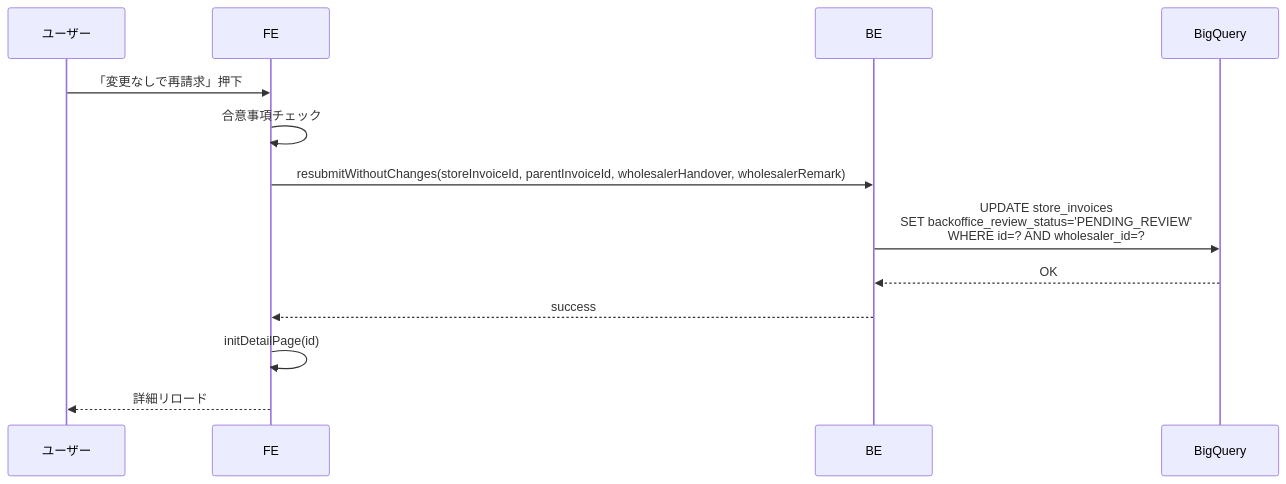
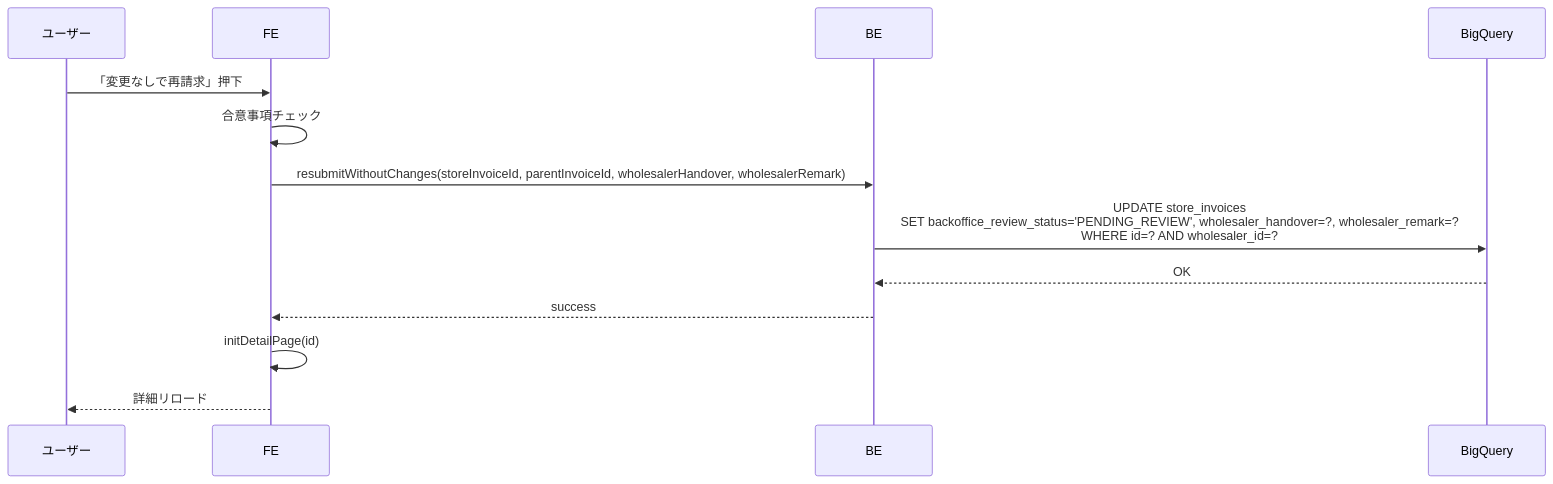
Before and after one commit to USEN-PAY-Products/connect-wholesale-gas-poc: the tenth of 17 diagrams in docs/specifications/04_detail_page.md, drawn with Mermaid. The commit also changed 1 other file, not shown here.

Commit message:
test: resubmitWithoutChanges備考更新分岐の回帰テスト追加

````diff
--- a/docs/specifications/04_detail_page.md
+++ b/docs/specifications/04_detail_page.md
@@ -307,16 +307,16 @@
 ```mermaid
 sequenceDiagram
     participant U as ユーザー
     participant FE as FE
     participant BE as BE
     participant BQ as BigQuery
 
     U->>FE: 「変更なしで再請求」押下
     FE->>FE: 合意事項チェック
     FE->>BE: resubmitWithoutChanges(storeInvoiceId, parentInvoiceId, wholesalerHandover, wholesalerRemark)
-    BE->>BQ: UPDATE store_invoices<br/>SET backoffice_review_status='PENDING_REVIEW'<br/>WHERE id=? AND wholesaler_id=?
+    BE->>BQ: UPDATE store_invoices<br/>SET backoffice_review_status='PENDING_REVIEW', wholesaler_handover=?, wholesaler_remark=?<br/>WHERE id=? AND wholesaler_id=?
     BQ-->>BE: OK
     BE-->>FE: success
     FE->>FE: initDetailPage(id)
     FE-->>U: 詳細リロード
 ```
````
